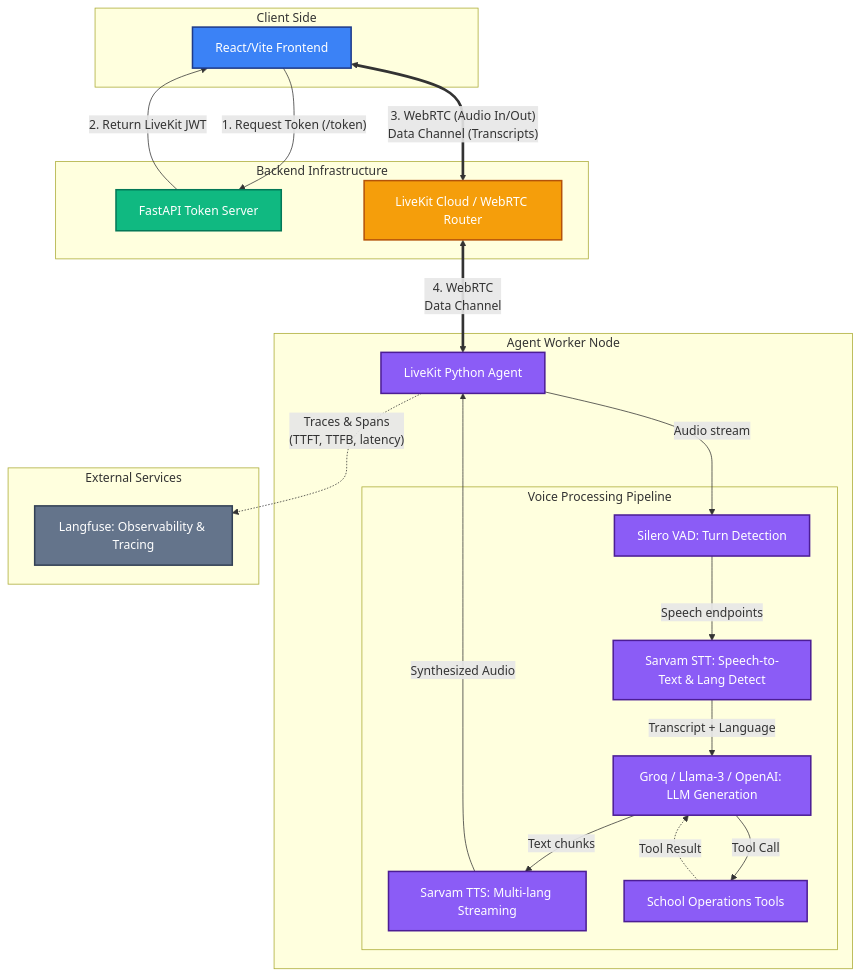
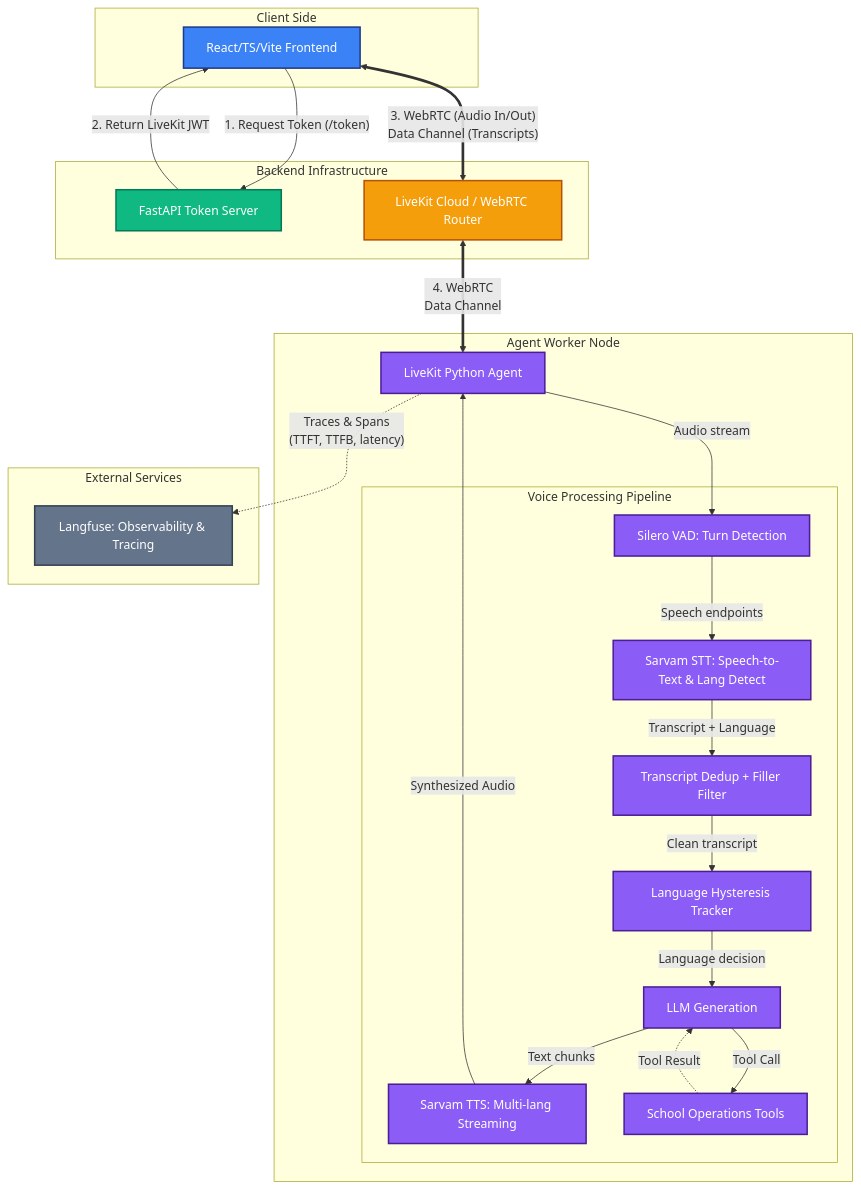
The diagram in README.md (Himanshu-Jha-rgb/Voice-AI-Agent), drawn with Mermaid before and after one commit. The commit also changed other lines of this file and 54 other files, not shown here.

Commit message:
refactor: migrate to React + TypeScript frontend with UI component library and LiveKit token integration

````diff
--- a/README.md
+++ b/README.md
@@ -9,53 +9,53 @@
 ```mermaid
 graph TD
-    %% Define Styles
     classDef frontend fill:#3b82f6,stroke:#1e3a8a,stroke-width:2px,color:white;
     classDef server fill:#10b981,stroke:#047857,stroke-width:2px,color:white;
     classDef livekit fill:#f59e0b,stroke:#b45309,stroke-width:2px,color:white;
     classDef agent fill:#8b5cf6,stroke:#4c1d95,stroke-width:2px,color:white;
     classDef ext fill:#64748b,stroke:#334155,stroke-width:2px,color:white;
-    
+
     subgraph Client [Client Side]
-        UI[React/Vite Frontend]:::frontend
+        UI[React/TS/Vite Frontend]:::frontend
     end
-    
+
     subgraph Backend [Backend Infrastructure]
         TokenServer[FastAPI Token Server]:::server
         LiveKitCloud[LiveKit Cloud / WebRTC Router]:::livekit
     end
-    
+
     subgraph Worker [Agent Worker Node]
         VoiceAgent[LiveKit Python Agent]:::agent
-        
+
         subgraph Pipeline [Voice Processing Pipeline]
             VAD[Silero VAD: Turn Detection]:::agent
             STT[Sarvam STT: Speech-to-Text & Lang Detect]:::agent
-            LLM[Groq / Llama-3 / OpenAI: LLM Generation]:::agent
+            Dedup[Transcript Dedup + Filler Filter]:::agent
+            Hysteresis[Language Hysteresis Tracker]:::agent
+            LLM[LLM Generation]:::agent
             TTS[Sarvam TTS: Multi-lang Streaming]:::agent
             Tools[School Operations Tools]:::agent
         end
     end
-    
+
     subgraph Externals [External Services]
         Langfuse[Langfuse: Observability & Tracing]:::ext
     end
 
-    %% Connections
     UI -- "1. Request Token (/token)" --> TokenServer
     TokenServer -- "2. Return LiveKit JWT" --> UI
-    
+
     UI <== "3. WebRTC (Audio In/Out)\nData Channel (Transcripts)" ==> LiveKitCloud
     LiveKitCloud <== "4. WebRTC\nData Channel" ==> VoiceAgent
-    
-    %% Pipeline Flow
+
     VoiceAgent --> |Audio stream| VAD
     VAD --> |Speech endpoints| STT
-    STT --> |Transcript + Language| LLM
+    STT --> |Transcript + Language| Dedup
+    Dedup --> |Clean transcript| Hysteresis
+    Hysteresis --> |Language decision| LLM
     LLM --> |Tool Call| Tools
     Tools -.-> |Tool Result| LLM
     LLM --> |Text chunks| TTS
     TTS --> |Synthesized Audio| VoiceAgent
-    
-    %% External Integrations
+
     VoiceAgent -. "Traces & Spans\n(TTFT, TTFB, latency)" .-> Langfuse
 ```
````
